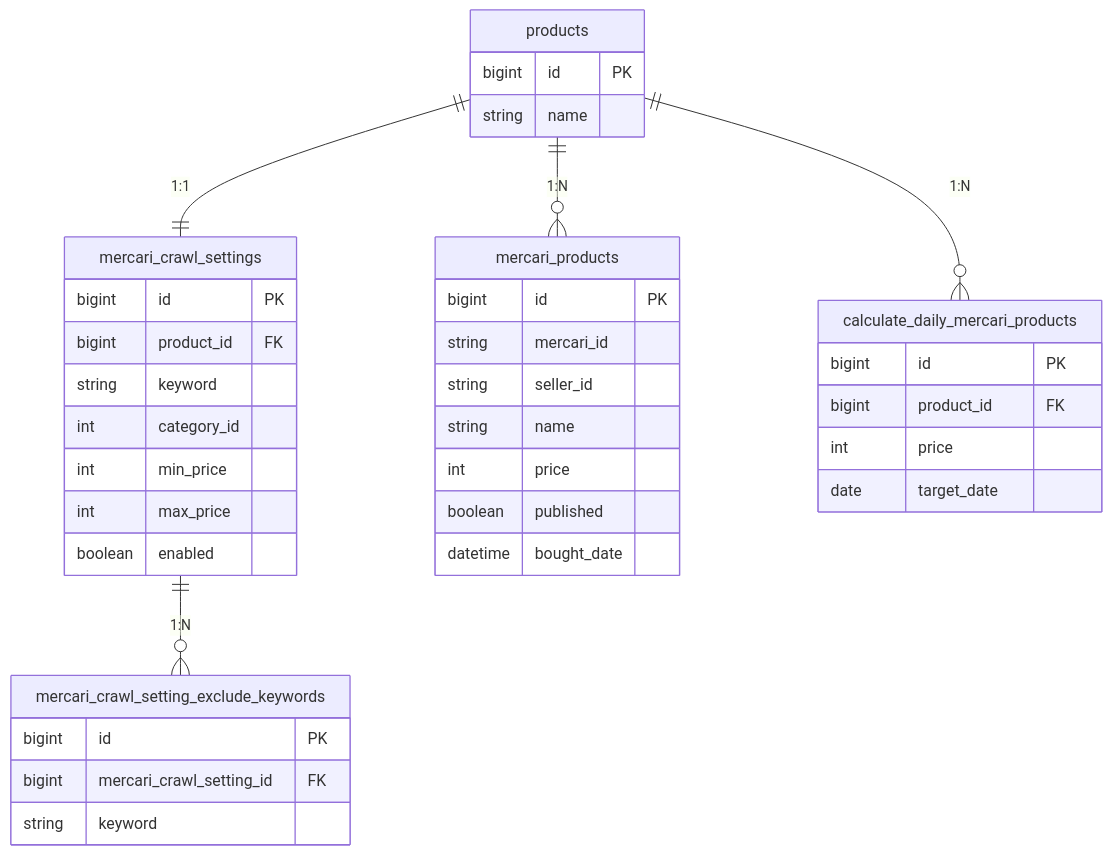
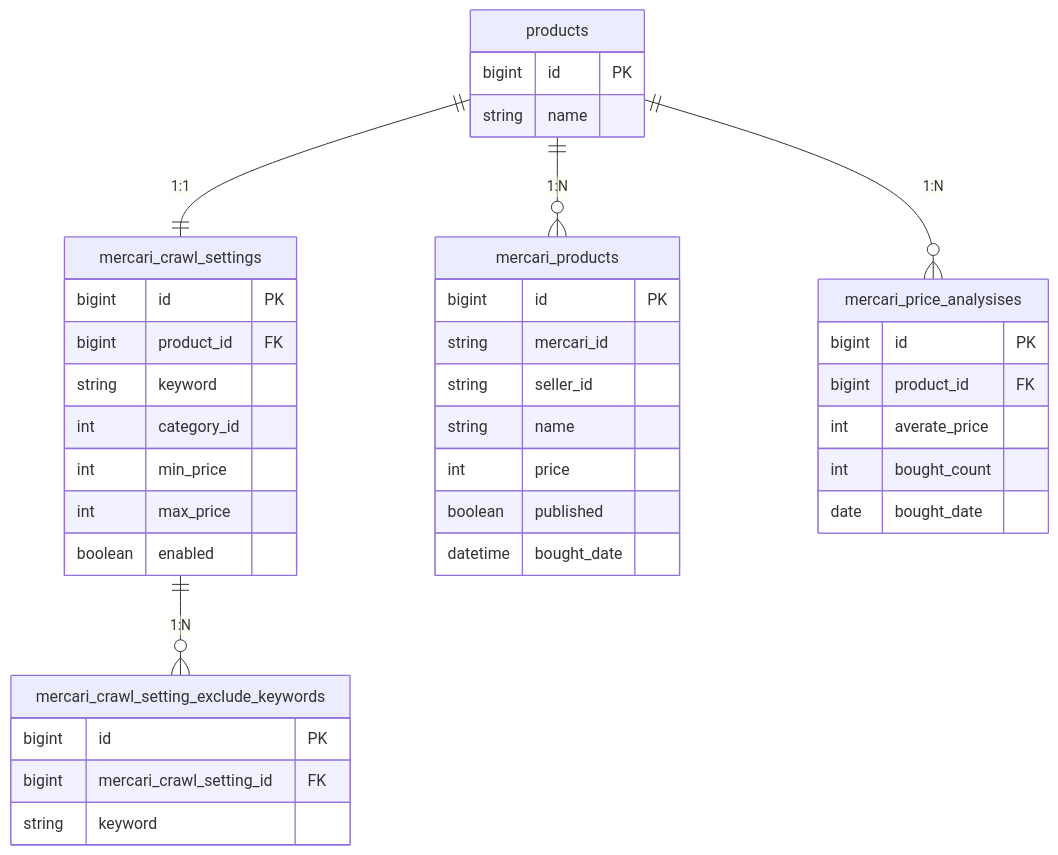
One commit to kuroweb/price-monitoring changed the third of 4 diagrams in README.md. Above: the diagram before and after it, drawn with Mermaid. The commit also changed other lines of this file, not shown here.

````diff
--- a/README.md
+++ b/README.md
@@ -122,41 +123,42 @@
 ```mermaid
 erDiagram
   products {
     bigint id PK
     string name
   }
   mercari_crawl_settings {
     bigint id PK
     bigint product_id FK
     string keyword
     int category_id
     int min_price
     int max_price
     boolean enabled
   }
   mercari_crawl_setting_exclude_keywords {
     bigint id PK
     bigint mercari_crawl_setting_id FK
     string keyword
   }
   mercari_products {
     bigint id PK
     string mercari_id
     string seller_id
     string name
     int price
     boolean published
     datetime bought_date
   }
-  calculate_daily_mercari_products {
+  mercari_price_analysises {
     bigint id PK
     bigint product_id FK
-    int price
-    date target_date
+    int averate_price
+    int bought_count
+    date bought_date
   }
 
   products ||--|| mercari_crawl_settings : "1:1"
   mercari_crawl_settings ||--o{ mercari_crawl_setting_exclude_keywords : "1:N"
   products ||--o{ mercari_products : "1:N"
-  products ||--o{ calculate_daily_mercari_products : "1:N"
+  products ||--o{ mercari_price_analysises : "1:N"
 ```
````
